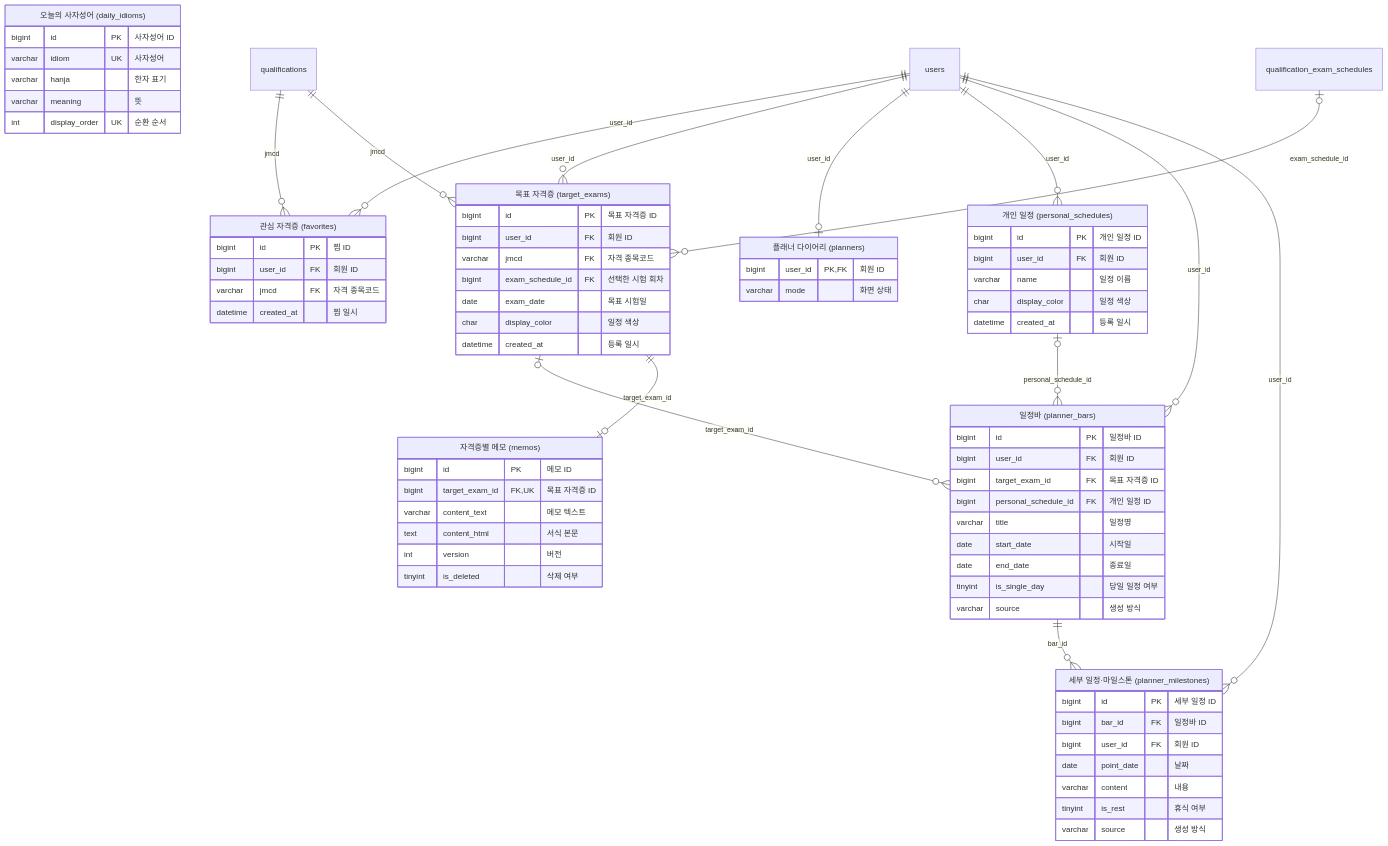
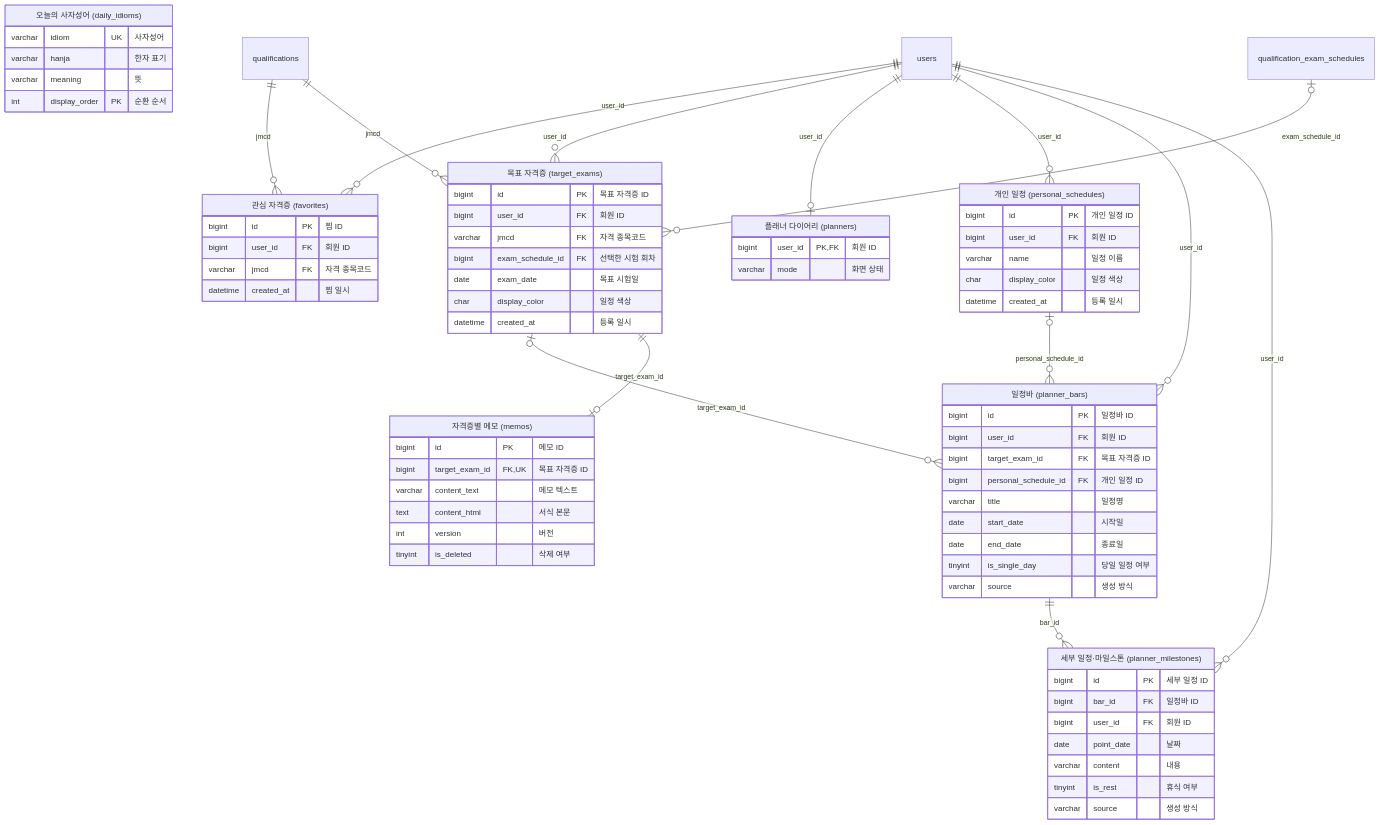
The fifth of 7 diagrams in docs/ERD.md (team-ap-cert-sniper/cert-sniper), drawn with Mermaid before and after one commit. The commit also changed other lines of this file and 6 other files, not shown here.

````diff
--- a/docs/ERD.md
+++ b/docs/ERD.md
@@ -276,77 +274,76 @@
 ```mermaid
 erDiagram
     favorites["관심 자격증 (favorites)"] {
         bigint id PK "찜 ID"
         bigint user_id FK "회원 ID"
         varchar jmcd FK "자격 종목코드"
         datetime created_at "찜 일시"
     }
     target_exams["목표 자격증 (target_exams)"] {
         bigint id PK "목표 자격증 ID"
         bigint user_id FK "회원 ID"
         varchar jmcd FK "자격 종목코드"
         bigint exam_schedule_id FK "선택한 시험 회차"
         date exam_date "목표 시험일"
         char display_color "일정 색상"
         datetime created_at "등록 일시"
     }
     planners["플래너 다이어리 (planners)"] {
         bigint user_id PK,FK "회원 ID"
         varchar mode "화면 상태"
     }
     personal_schedules["개인 일정 (personal_schedules)"] {
         bigint id PK "개인 일정 ID"
         bigint user_id FK "회원 ID"
         varchar name "일정 이름"
         char display_color "일정 색상"
         datetime created_at "등록 일시"
     }
     planner_bars["일정바 (planner_bars)"] {
         bigint id PK "일정바 ID"
         bigint user_id FK "회원 ID"
         bigint target_exam_id FK "목표 자격증 ID"
         bigint personal_schedule_id FK "개인 일정 ID"
         varchar title "일정명"
         date start_date "시작일"
         date end_date "종료일"
         tinyint is_single_day "당일 일정 여부"
         varchar source "생성 방식"
     }
     planner_milestones["세부 일정·마일스톤 (planner_milestones)"] {
         bigint id PK "세부 일정 ID"
         bigint bar_id FK "일정바 ID"
         bigint user_id FK "회원 ID"
         date point_date "날짜"
         varchar content "내용"
         tinyint is_rest "휴식 여부"
         varchar source "생성 방식"
     }
     memos["자격증별 메모 (memos)"] {
         bigint id PK "메모 ID"
         bigint target_exam_id FK,UK "목표 자격증 ID"
         varchar content_text "메모 텍스트"
         text content_html "서식 본문"
         int version "버전"
         tinyint is_deleted "삭제 여부"
     }
     daily_idioms["오늘의 사자성어 (daily_idioms)"] {
-        bigint id PK "사자성어 ID"
         varchar idiom UK "사자성어"
         varchar hanja "한자 표기"
         varchar meaning "뜻"
-        int display_order UK "순환 순서"
+        int display_order PK "순환 순서"
     }
     users ||--o{ favorites : "user_id"
     qualifications ||--o{ favorites : "jmcd"
     users ||--o{ target_exams : "user_id"
     qualifications ||--o{ target_exams : "jmcd"
     qualification_exam_schedules |o--o{ target_exams : "exam_schedule_id"
     users ||--o| planners : "user_id"
     users ||--o{ personal_schedules : "user_id"
     users ||--o{ planner_bars : "user_id"
     target_exams |o--o{ planner_bars : "target_exam_id"
     personal_schedules |o--o{ planner_bars : "personal_schedule_id"
     planner_bars ||--o{ planner_milestones : "bar_id"
     users ||--o{ planner_milestones : "user_id"
     target_exams ||--o| memos : "target_exam_id"
 ```
````
